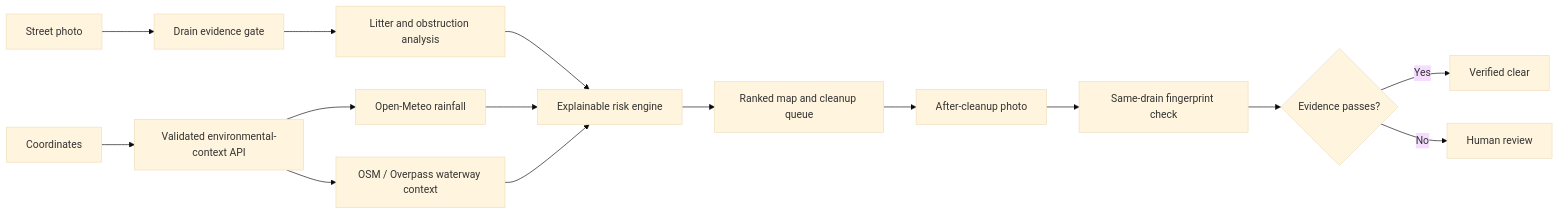
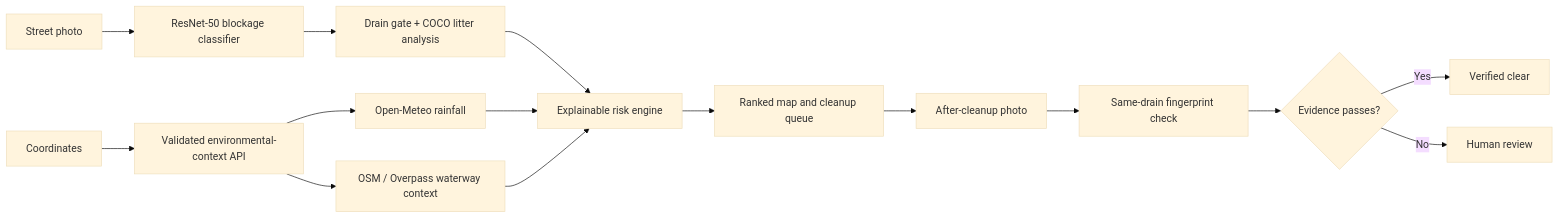
One commit to bhavyakeerthi3/drainguard-ai changed the diagram in README.md. Above: the diagram before and after it, drawn with Mermaid (base theme). The commit also changed other lines of this file and 5 other files, not shown here.

````diff
--- a/README.md
+++ b/README.md
@@ -84,17 +85,17 @@
 ```mermaid
 flowchart LR
-    A["Street photo"] --> B["Drain evidence gate"]
-    B --> C["Litter and obstruction analysis"]
+    A["Street photo"] --> B["ResNet-50 blockage classifier"]
+    B --> C["Drain gate + COCO litter analysis"]
     C --> D["Explainable risk engine"]
     E["Coordinates"] --> API["Validated environmental-context API"]
     API --> F["Open-Meteo rainfall"]
     API --> W["OSM / Overpass waterway context"]
     F --> D
     W --> D
     D --> G["Ranked map and cleanup queue"]
     G --> H["After-cleanup photo"]
     H --> I["Same-drain fingerprint check"]
     I --> J{"Evidence passes?"}
     J -->|Yes| K["Verified clear"]
     J -->|No| L["Human review"]
 ```
````
